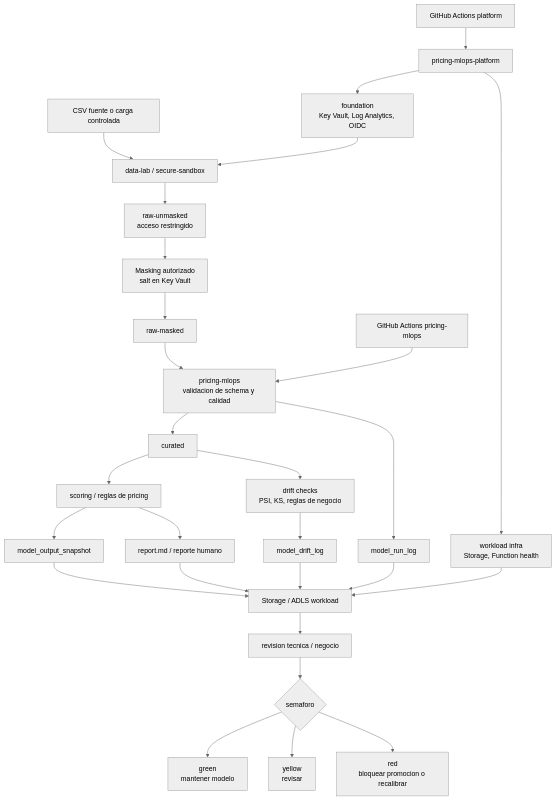
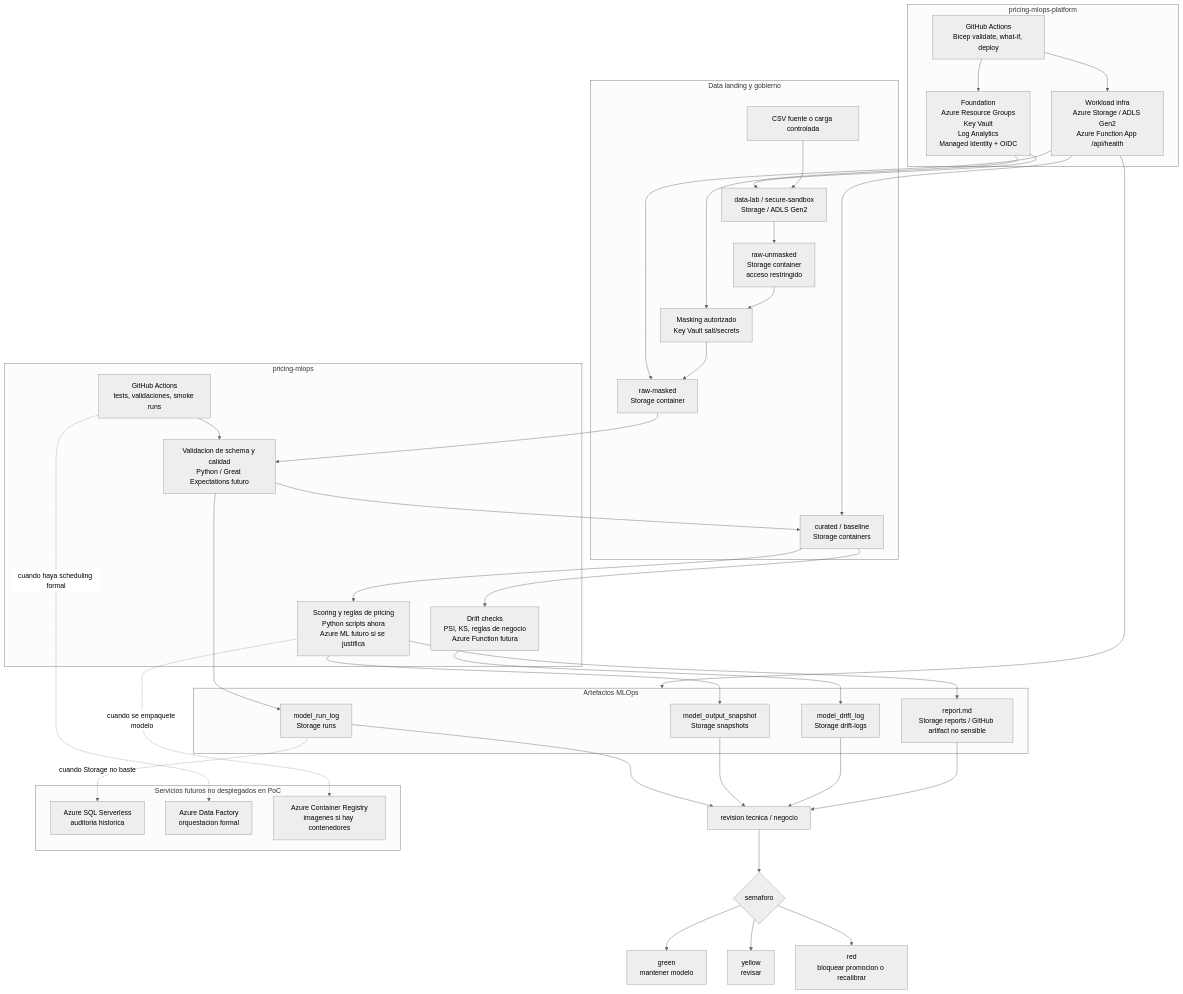
The second of 2 diagrams in README.md (tecmx-team46-pricing/pricing-mlops-platform), drawn with Mermaid (neutral theme) before and after one commit.

Commit message:
Show Azure services in MLOps diagram

````diff
--- a/README.md
+++ b/README.md
@@ -55,36 +55,73 @@
 ```mermaid
 flowchart TD
-  Source["CSV fuente o carga controlada"] --> DataLab["data-lab / secure-sandbox"]
-  DataLab --> RawUnmasked["raw-unmasked<br/>acceso restringido"]
-  RawUnmasked --> Masking["Masking autorizado<br/>salt en Key Vault"]
-  Masking --> RawMasked["raw-masked"]
+  subgraph Platform["pricing-mlops-platform"]
+    Foundation["Foundation<br/>Azure Resource Groups<br/>Key Vault<br/>Log Analytics<br/>Managed Identity + OIDC"]
+    WorkloadInfra["Workload infra<br/>Azure Storage / ADLS Gen2<br/>Azure Function App /api/health"]
+    PlatformGHA["GitHub Actions<br/>Bicep validate, what-if, deploy"]
+  end
 
-  RawMasked --> Validate["pricing-mlops<br/>validacion de schema y calidad"]
-  Validate --> Curated["curated"]
-  Curated --> Score["scoring / reglas de pricing"]
-  Curated --> Drift["drift checks<br/>PSI, KS, reglas de negocio"]
+  subgraph Data["Data landing y gobierno"]
+    Source["CSV fuente o carga controlada"]
+    DataLab["data-lab / secure-sandbox<br/>Storage / ADLS Gen2"]
+    RawUnmasked["raw-unmasked<br/>Storage container<br/>acceso restringido"]
+    Masking["Masking autorizado<br/>Key Vault salt/secrets"]
+    RawMasked["raw-masked<br/>Storage container"]
+    Curated["curated / baseline<br/>Storage containers"]
+  end
 
-  Score --> Snapshot["model_output_snapshot"]
-  Drift --> DriftLog["model_drift_log"]
-  Validate --> RunLog["model_run_log"]
-  Score --> Report["report.md / reporte humano"]
+  subgraph ModelRepo["pricing-mlops"]
+    ModelGHA["GitHub Actions<br/>tests, validaciones, smoke runs"]
+    Validate["Validacion de schema y calidad<br/>Python / Great Expectations futuro"]
+    Score["Scoring y reglas de pricing<br/>Python scripts ahora<br/>Azure ML futuro si se justifica"]
+    Drift["Drift checks<br/>PSI, KS, reglas de negocio<br/>Azure Function futura"]
+  end
 
-  Snapshot --> Storage["Storage / ADLS workload"]
-  DriftLog --> Storage
-  RunLog --> Storage
-  Report --> Storage
+  subgraph Evidence["Artefactos MLOps"]
+    RunLog["model_run_log<br/>Storage runs"]
+    Snapshot["model_output_snapshot<br/>Storage snapshots"]
+    DriftLog["model_drift_log<br/>Storage drift-logs"]
+    Report["report.md<br/>Storage reports / GitHub artifact no sensible"]
+  end
 
-  Platform["pricing-mlops-platform"] --> Foundation["foundation<br/>Key Vault, Log Analytics, OIDC"]
-  Platform --> WorkloadInfra["workload infra<br/>Storage, Function health"]
+  subgraph Future["Servicios futuros no desplegados en PoC"]
+    SQL["Azure SQL Serverless<br/>auditoria historica"]
+    ADF["Azure Data Factory<br/>orquestacion formal"]
+    ACR["Azure Container Registry<br/>imagenes si hay contenedores"]
+  end
+
+  PlatformGHA --> Foundation
+  PlatformGHA --> WorkloadInfra
   Foundation --> DataLab
-  WorkloadInfra --> Storage
+  Foundation --> Masking
+  WorkloadInfra --> RawMasked
+  WorkloadInfra --> Curated
+  WorkloadInfra --> Evidence
 
-  GHAPlatform["GitHub Actions platform"] --> Platform
-  GHAModel["GitHub Actions pricing-mlops"] --> Validate
+  Source --> DataLab
+  DataLab --> RawUnmasked
+  RawUnmasked --> Masking
+  Masking --> RawMasked
+  RawMasked --> Validate
+  Validate --> Curated
+  Curated --> Score
+  Curated --> Drift
 
-  Storage --> Review["revision tecnica / negocio"]
+  ModelGHA --> Validate
+  Score --> Snapshot
+  Score --> Report
+  Drift --> DriftLog
+  Validate --> RunLog
+
+  RunLog --> Review["revision tecnica / negocio"]
+  Snapshot --> Review
+  DriftLog --> Review
+  Report --> Review
   Review --> Decision{"semaforo"}
   Decision --> Green["green<br/>mantener modelo"]
   Decision --> Yellow["yellow<br/>revisar"]
   Decision --> Red["red<br/>bloquear promocion o recalibrar"]
+
+  RunLog -. "cuando Storage no baste" .-> SQL
+  ModelGHA -. "cuando haya scheduling formal" .-> ADF
+  Score -. "cuando se empaquete modelo" .-> ACR
 ```
````
